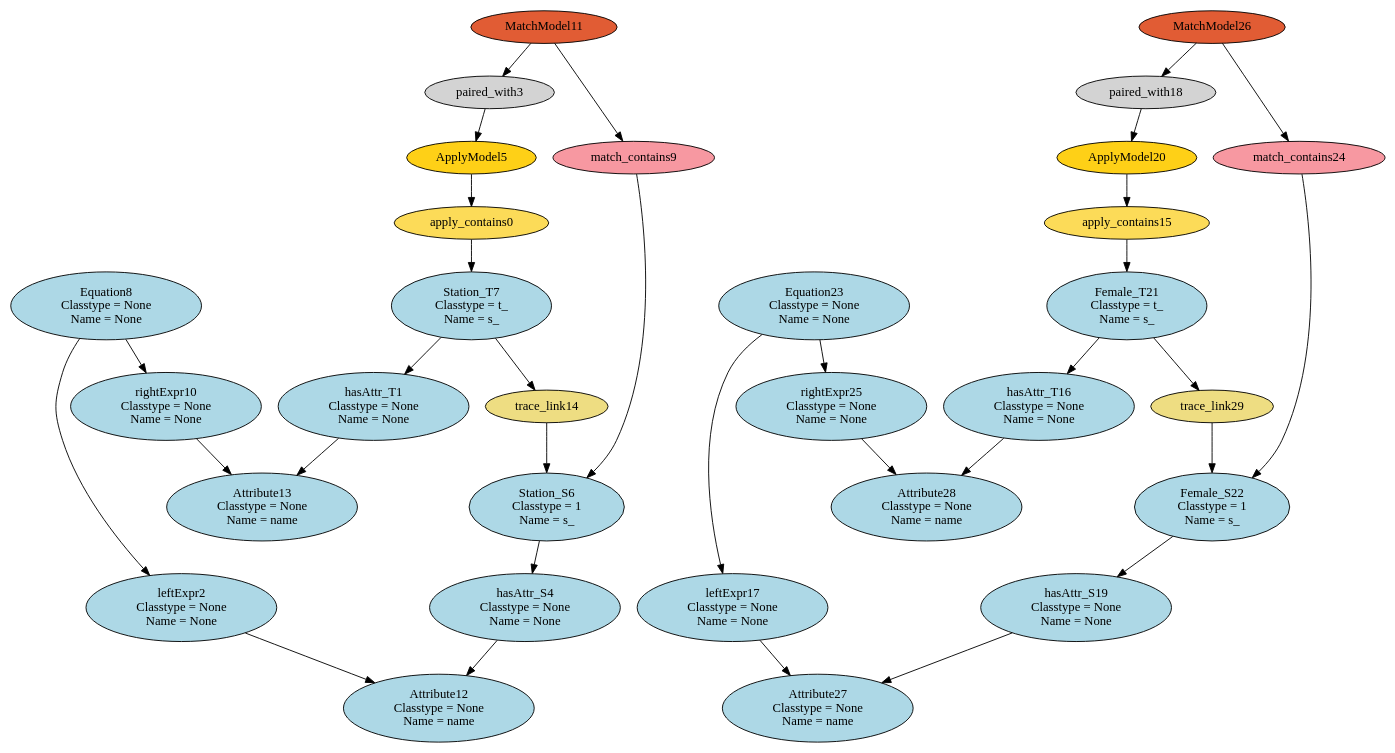
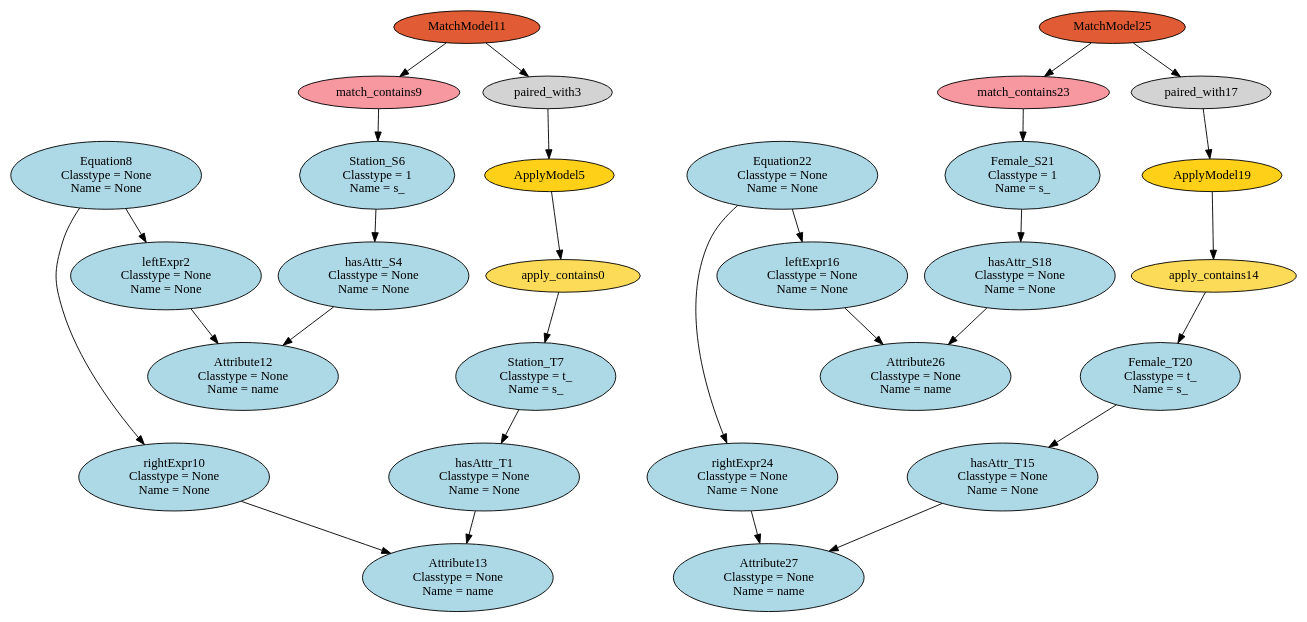
The diagram in dot/HEmptyPathCondition_HS2S_HF2F.dot (levilucio/SyVOLT), drawn with Graphviz before and after one commit. The commit also changed 146 other files, not shown here.

```diff
--- a/dot/HEmptyPathCondition_HS2S_HF2F.dot
+++ b/dot/HEmptyPathCondition_HS2S_HF2F.dot
@@ -1,64 +1,58 @@
 digraph HEmptyPathCondition_HS2S_HF2F {
 apply_contains0 [style=filled, fillcolor="#FCDB58"];
 "hasAttr_T1\n Classtype = None\n Name = None" [style=filled, fillcolor=lightblue];
 "leftExpr2\n Classtype = None\n Name = None" [style=filled, fillcolor=lightblue];
 paired_with3 [style=filled, fillcolor=lightgray];
 "hasAttr_S4\n Classtype = None\n Name = None" [style=filled, fillcolor=lightblue];
 ApplyModel5 [style=filled, fillcolor="#FED017"];
 "Station_S6\n Classtype = 1\n Name = s_" [style=filled, fillcolor=lightblue];
 "Station_T7\n Classtype = t_\n Name = s_" [style=filled, fillcolor=lightblue];
 "Equation8\n Classtype = None\n Name = None" [style=filled, fillcolor=lightblue];
 match_contains9 [style=filled, fillcolor="#F798A1"];
 "rightExpr10\n Classtype = None\n Name = None" [style=filled, fillcolor=lightblue];
 MatchModel11 [style=filled, fillcolor="#E15C34"];
 "Attribute12\n Classtype = None\n Name = name" [style=filled, fillcolor=lightblue];
 "Attribute13\n Classtype = None\n Name = name" [style=filled, fillcolor=lightblue];
-trace_link14 [style=filled, fillcolor=lightgoldenrod];
-apply_contains15 [style=filled, fillcolor="#FCDB58"];
-"hasAttr_T16\n Classtype = None\n Name = None" [style=filled, fillcolor=lightblue];
-"leftExpr17\n Classtype = None\n Name = None" [style=filled, fillcolor=lightblue];
-paired_with18 [style=filled, fillcolor=lightgray];
-"hasAttr_S19\n Classtype = None\n Name = None" [style=filled, fillcolor=lightblue];
-ApplyModel20 [style=filled, fillcolor="#FED017"];
-"Female_T21\n Classtype = t_\n Name = s_" [style=filled, fillcolor=lightblue];
-"Female_S22\n Classtype = 1\n Name = s_" [style=filled, fillcolor=lightblue];
-"Equation23\n Classtype = None\n Name = None" [style=filled, fillcolor=lightblue];
-match_contains24 [style=filled, fillcolor="#F798A1"];
-"rightExpr25\n Classtype = None\n Name = None" [style=filled, fillcolor=lightblue];
-MatchModel26 [style=filled, fillcolor="#E15C34"];
+apply_contains14 [style=filled, fillcolor="#FCDB58"];
+"hasAttr_T15\n Classtype = None\n Name = None" [style=filled, fillcolor=lightblue];
+"leftExpr16\n Classtype = None\n Name = None" [style=filled, fillcolor=lightblue];
+paired_with17 [style=filled, fillcolor=lightgray];
+"hasAttr_S18\n Classtype = None\n Name = None" [style=filled, fillcolor=lightblue];
+ApplyModel19 [style=filled, fillcolor="#FED017"];
+"Female_T20\n Classtype = t_\n Name = s_" [style=filled, fillcolor=lightblue];
+"Female_S21\n Classtype = 1\n Name = s_" [style=filled, fillcolor=lightblue];
+"Equation22\n Classtype = None\n Name = None" [style=filled, fillcolor=lightblue];
+match_contains23 [style=filled, fillcolor="#F798A1"];
+"rightExpr24\n Classtype = None\n Name = None" [style=filled, fillcolor=lightblue];
+MatchModel25 [style=filled, fillcolor="#E15C34"];
+"Attribute26\n Classtype = None\n Name = name" [style=filled, fillcolor=lightblue];
 "Attribute27\n Classtype = None\n Name = name" [style=filled, fillcolor=lightblue];
-"Attribute28\n Classtype = None\n Name = name" [style=filled, fillcolor=lightblue];
-trace_link29 [style=filled, fillcolor=lightgoldenrod];
 ApplyModel5 -> apply_contains0;
 apply_contains0 -> "Station_T7\n Classtype = t_\n Name = s_";
 "Station_T7\n Classtype = t_\n Name = s_" -> "hasAttr_T1\n Classtype = None\n Name = None";
 "hasAttr_T1\n Classtype = None\n Name = None" -> "Attribute13\n Classtype = None\n Name = name";
 "Equation8\n Classtype = None\n Name = None" -> "leftExpr2\n Classtype = None\n Name = None";
 "leftExpr2\n Classtype = None\n Name = None" -> "Attribute12\n Classtype = None\n Name = name";
 MatchModel11 -> paired_with3;
 paired_with3 -> ApplyModel5;
 "Station_S6\n Classtype = 1\n Name = s_" -> "hasAttr_S4\n Classtype = None\n Name = None";
 "hasAttr_S4\n Classtype = None\n Name = None" -> "Attribute12\n Classtype = None\n Name = name";
 match_contains9 -> "Station_S6\n Classtype = 1\n Name = s_";
 "Equation8\n Classtype = None\n Name = None" -> "rightExpr10\n Classtype = None\n Name = None";
 MatchModel11 -> match_contains9;
 "rightExpr10\n Classtype = None\n Name = None" -> "Attribute13\n Classtype = None\n Name = name";
-trace_link14 -> "Station_S6\n Classtype = 1\n Name = s_";
-"Station_T7\n Classtype = t_\n Name = s_" -> trace_link14;
-ApplyModel20 -> apply_contains15;
-apply_contains15 -> "Female_T21\n Classtype = t_\n Name = s_";
-"Female_T21\n Classtype = t_\n Name = s_" -> "hasAttr_T16\n Classtype = None\n Name = None";
-"hasAttr_T16\n Classtype = None\n Name = None" -> "Attribute28\n Classtype = None\n Name = name";
-"Equation23\n Classtype = None\n Name = None" -> "leftExpr17\n Classtype = None\n Name = None";
-"leftExpr17\n Classtype = None\n Name = None" -> "Attribute27\n Classtype = None\n Name = name";
-MatchModel26 -> paired_with18;
-paired_with18 -> ApplyModel20;
-"Female_S22\n Classtype = 1\n Name = s_" -> "hasAttr_S19\n Classtype = None\n Name = None";
-"hasAttr_S19\n Classtype = None\n Name = None" -> "Attribute27\n Classtype = None\n Name = name";
-match_contains24 -> "Female_S22\n Classtype = 1\n Name = s_";
-"Equation23\n Classtype = None\n Name = None" -> "rightExpr25\n Classtype = None\n Name = None";
-MatchModel26 -> match_contains24;
-"rightExpr25\n Classtype = None\n Name = None" -> "Attribute28\n Classtype = None\n Name = name";
-trace_link29 -> "Female_S22\n Classtype = 1\n Name = s_";
-"Female_T21\n Classtype = t_\n Name = s_" -> trace_link29;
+ApplyModel19 -> apply_contains14;
+apply_contains14 -> "Female_T20\n Classtype = t_\n Name = s_";
+"Female_T20\n Classtype = t_\n Name = s_" -> "hasAttr_T15\n Classtype = None\n Name = None";
+"hasAttr_T15\n Classtype = None\n Name = None" -> "Attribute27\n Classtype = None\n Name = name";
+"Equation22\n Classtype = None\n Name = None" -> "leftExpr16\n Classtype = None\n Name = None";
+"leftExpr16\n Classtype = None\n Name = None" -> "Attribute26\n Classtype = None\n Name = name";
+MatchModel25 -> paired_with17;
+paired_with17 -> ApplyModel19;
+"Female_S21\n Classtype = 1\n Name = s_" -> "hasAttr_S18\n Classtype = None\n Name = None";
+"hasAttr_S18\n Classtype = None\n Name = None" -> "Attribute26\n Classtype = None\n Name = name";
+match_contains23 -> "Female_S21\n Classtype = 1\n Name = s_";
+"Equation22\n Classtype = None\n Name = None" -> "rightExpr24\n Classtype = None\n Name = None";
+MatchModel25 -> match_contains23;
+"rightExpr24\n Classtype = None\n Name = None" -> "Attribute27\n Classtype = None\n Name = name";
 }
```
